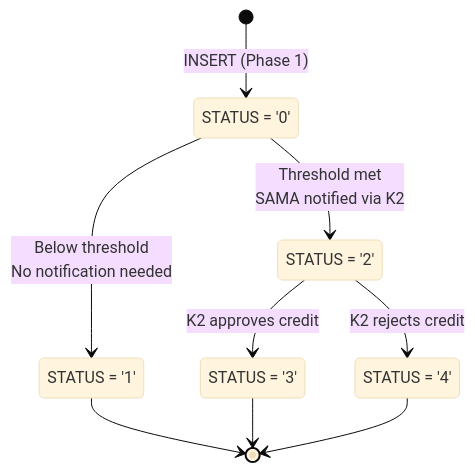
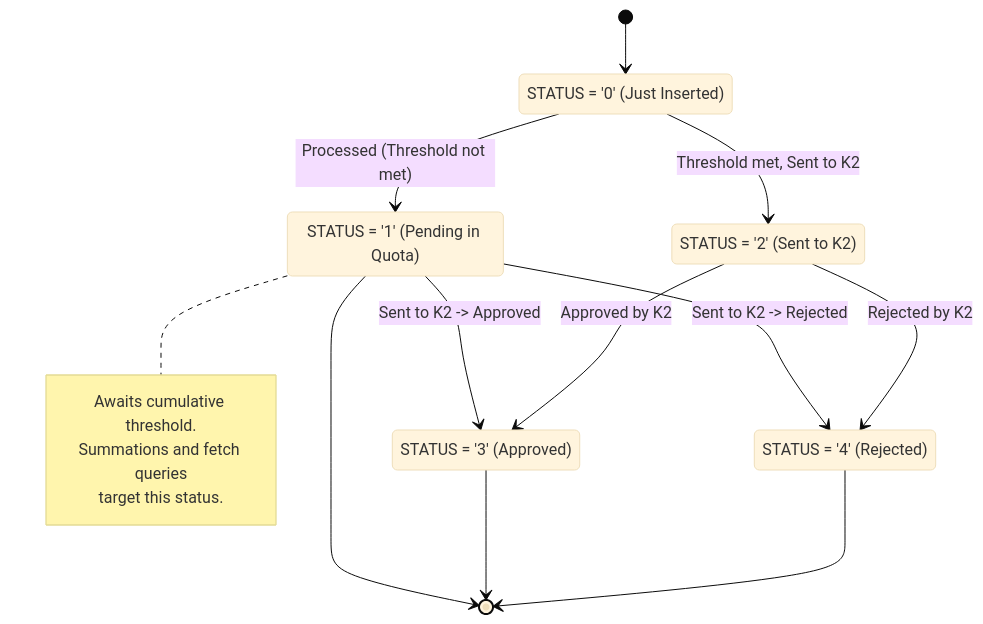
One commit to MahmoudKRashed/transactionIqn changed the eighth of 10 diagrams in Fullfilment/high_level_design.md. Above: the diagram before and after it, drawn with Mermaid (base theme). The commit also changed 1 other file, not shown here.

````diff
--- a/Fullfilment/high_level_design.md
+++ b/Fullfilment/high_level_design.md
@@ -366,20 +366,24 @@
 ```mermaid
 stateDiagram-v2
-    [*] --> Pending : INSERT (Phase 1)
+    [*] --> 0
     
-    Pending --> Processed : Below threshold<br/>No notification needed
-    Pending --> SentToK2 : Threshold met<br/>SAMA notified via K2
+    0 --> 1 : Processed (Threshold not met)
+    0 --> 2 : Threshold met, Sent to K2
 
-    SentToK2 --> Approved : K2 approves credit
-    SentToK2 --> Rejected : K2 rejects credit
+    1 --> 3 : Sent to K2 -> Approved
+    1 --> 4 : Sent to K2 -> Rejected
+    2 --> 3 : Approved by K2
+    2 --> 4 : Rejected by K2
 
-    Processed --> [*]
-    Approved --> [*]
-    Rejected --> [*]
+    1 --> [*]
+    3 --> [*]
+    4 --> [*]
 
-    state "STATUS = '0'" as Pending
-    state "STATUS = '1'" as Processed
-    state "STATUS = '2'" as SentToK2
-    state "STATUS = '3'" as Approved
-    state "STATUS = '4'" as Rejected
+    state "STATUS = '0' (Just Inserted)" as 0
+    state "STATUS = '1' (Pending in Quota)" as 1
+    state "STATUS = '2' (Sent to K2)" as 2
+    state "STATUS = '3' (Approved)" as 3
+    state "STATUS = '4' (Rejected)" as 4
+    
+    note right of 1 : Awaits cumulative threshold.<br/>Summations and fetch queries<br/>target this status.
 ```
````
